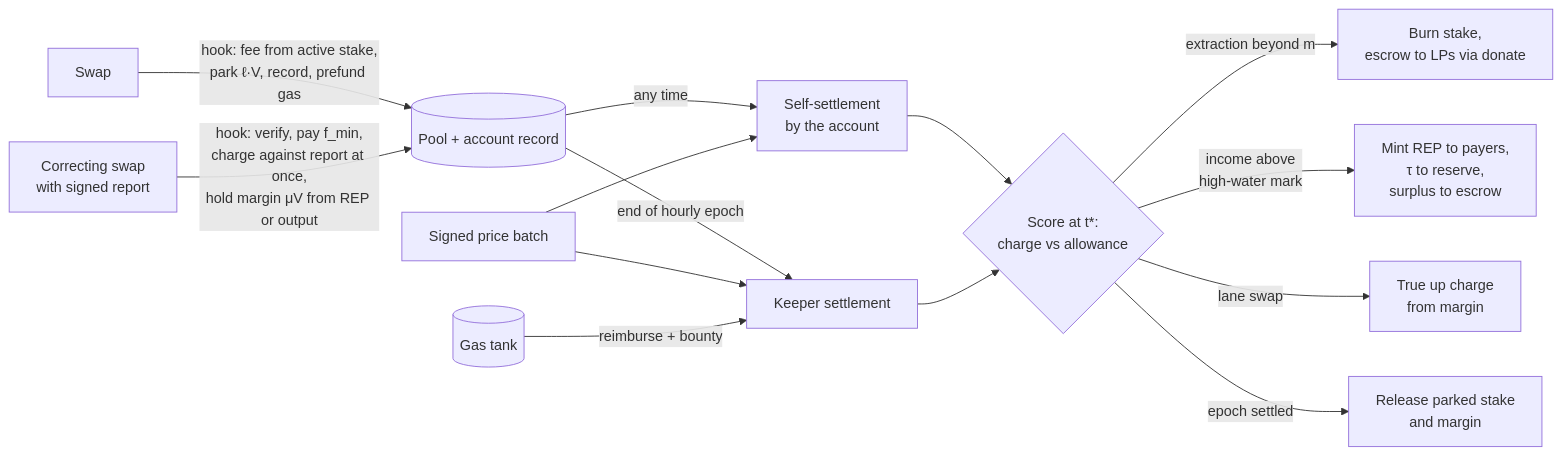
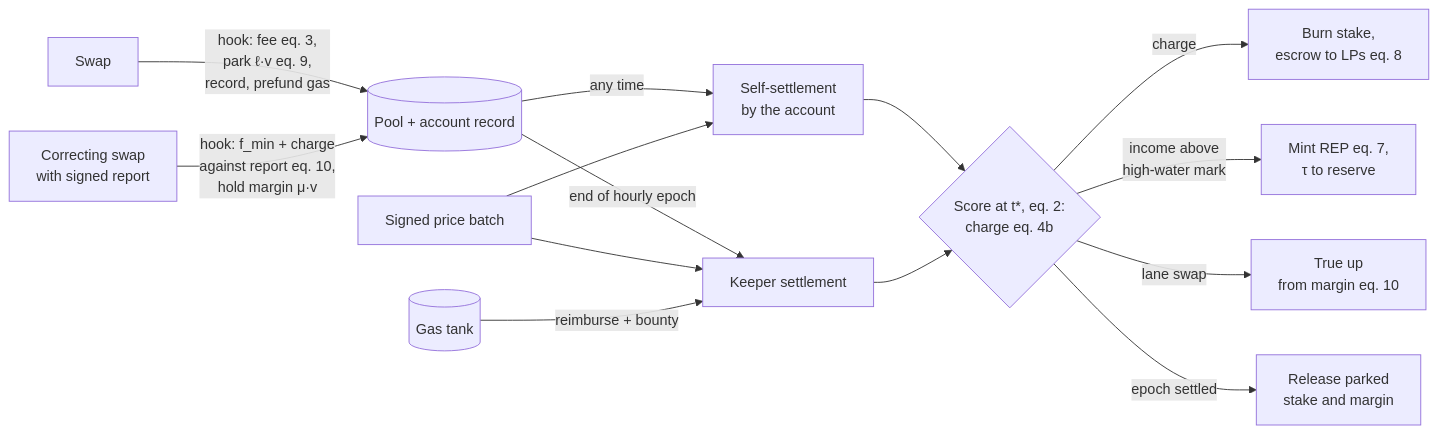
Before and after one commit to peersky/ammbro: the first of 3 diagrams in paper.md, drawn with Mermaid. The commit also changed other lines of this file and 6 other files, not shown here.

````diff
--- a/paper.md
+++ b/paper.md
@@ -132,16 +81,16 @@
 ```mermaid
 flowchart LR
-  S[Swap] -->|hook: fee from active stake,<br/>park ℓ·V, record, prefund gas| P[(Pool + account record)]
-  L[Correcting swap<br/>with signed report] -->|hook: verify, pay f_min,<br/>charge against report at once,<br/>hold margin μV from REP or output| P
+  S[Swap] -->|hook: fee eq. 3,<br/>park ℓ·v eq. 9,<br/>record, prefund gas| P[(Pool + account record)]
+  L[Correcting swap<br/>with signed report] -->|hook: f_min + charge<br/>against report eq. 10,<br/>hold margin μ·v| P
   P -->|any time| SS[Self-settlement<br/>by the account]
   P -->|end of hourly epoch| K[Keeper settlement]
   O[Signed price batch] --> SS
   O --> K
-  SS --> R{Score at t*:<br/>charge vs allowance}
+  SS --> R{Score at t*, eq. 2:<br/>charge eq. 4b}
   K --> R
-  R -->|extraction beyond m| B[Burn stake,<br/>escrow to LPs via donate]
-  R -->|income above<br/>high-water mark| M[Mint REP to payers,<br/>τ to reserve,<br/>surplus to escrow]
-  R -->|lane swap| A[True up charge<br/>from margin]
-  R -->|epoch settled| U[Release parked stake<br/>and margin]
+  R -->|charge| B[Burn stake,<br/>escrow to LPs eq. 8]
+  R -->|income above<br/>high-water mark| M[Mint REP eq. 7,<br/>τ to reserve]
+  R -->|lane swap| A[True up<br/>from margin eq. 10]
+  R -->|epoch settled| U[Release parked<br/>stake and margin]
   T[(Gas tank)] -->|reimburse + bounty| K
 ```
````
